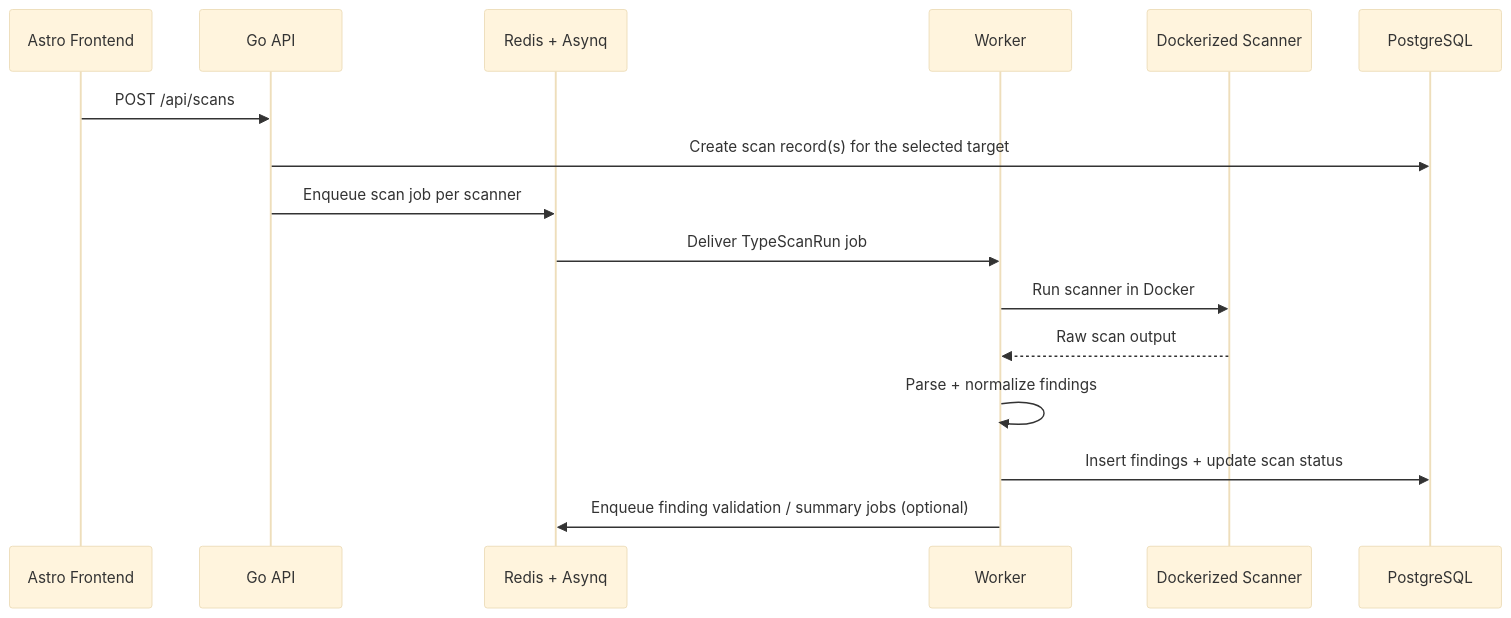
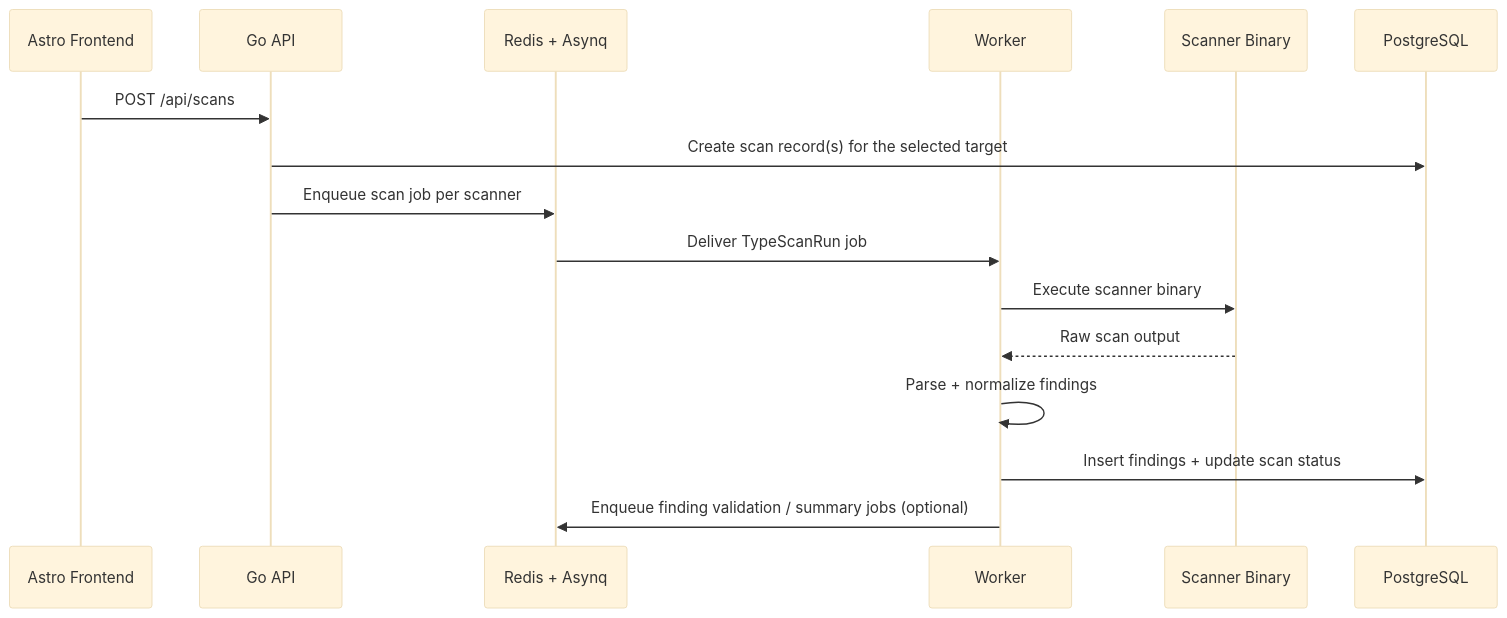
One commit to Dyallab/HenKaiPan changed the third of 4 diagrams in README.md. Above: the diagram before and after it, drawn with Mermaid (base theme). The commit also changed other lines of this file and 8 other files, not shown here.

First line of the commit message:
fix: semgrep exit 2 + remove Docker scanner execution model

````diff
--- a/README.md
+++ b/README.md
@@ -97,19 +97,19 @@
 ```mermaid
 sequenceDiagram
     participant Frontend as Astro Frontend
     participant API as Go API
     participant Queue as Redis + Asynq
     participant Worker as Worker
-    participant Scanner as Dockerized Scanner
+    participant Scanner as Scanner Binary
     participant DB as PostgreSQL
 
     Frontend->>API: POST /api/scans
     API->>DB: Create scan record(s) for the selected target
     API->>Queue: Enqueue scan job per scanner
     Queue->>Worker: Deliver TypeScanRun job
-    Worker->>Scanner: Run scanner in Docker
+    Worker->>Scanner: Execute scanner binary
     Scanner-->>Worker: Raw scan output
     Worker->>Worker: Parse + normalize findings
     Worker->>DB: Insert findings + update scan status
     Worker->>Queue: Enqueue finding validation / summary jobs (optional)
 ```
````
